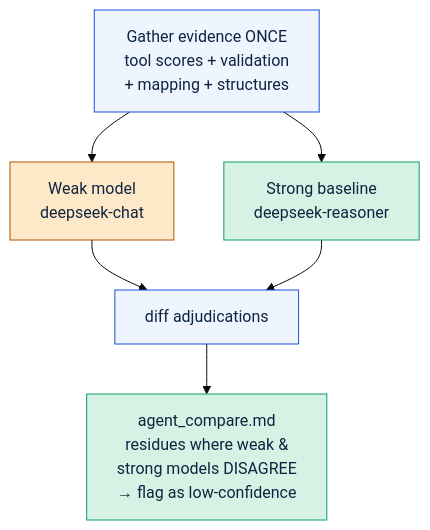
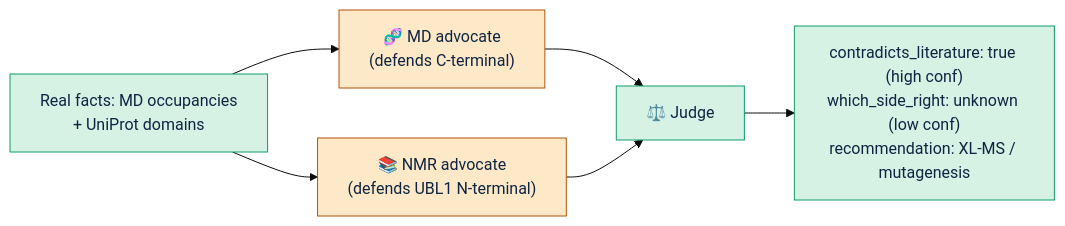
Before and after one commit to TLDDODO/sv-agent-poc: the second of 2 diagrams in FLOW.md, drawn with Mermaid (base theme). The commit also changed other lines of this file and 1 other file, not shown here.

First line of the commit message:
Stop serving fake multi-tool scores; honest pending state + rewrite FLOW

````diff
--- a/FLOW.md
+++ b/FLOW.md
@@ -69,28 +36,12 @@
 ```mermaid
-flowchart TD
-    EV["Gather evidence ONCE
-    tool scores + validation
-    + mapping + structures"]
-    
-    EV --> W["Weak model
-    deepseek-chat"]
-    EV --> S["Strong baseline
-    deepseek-reasoner"]
-    
-    W --> D["diff adjudications"]
-    S --> D
-    
-    D --> OUT["agent_compare.md
-    residues where weak &
-    strong models DISAGREE
-    → flag as low-confidence"]
+flowchart LR
+    F["Real facts: MD occupancies<br/>+ UniProt domains"] --> A["🧬 MD advocate<br/>(defends C-terminal)"]
+    F --> B["📚 NMR advocate<br/>(defends UBL1 N-terminal)"]
+    A --> J["⚖️ Judge"]
+    B --> J
+    J --> V["contradicts_literature: true (high conf)<br/>which_side_right: unknown (low conf)<br/>recommendation: XL-MS / mutagenesis"]
 
-    classDef agent fill:#eef5ff,stroke:#1d4ed8,color:#0f2440;
+    classDef real fill:#d5f2e5,stroke:#0f9d6b,color:#0f2440;
     classDef warn fill:#fde9c8,stroke:#b45309,color:#0f2440;
-    classDef good fill:#d5f2e5,stroke:#0f9d6b,color:#0f2440;
-    
-    class EV agent;
-    class W warn;
-    class S,OUT good;
-    class D agent;
+    class F,V real; class A,B warn; class J real;
 ```
````
